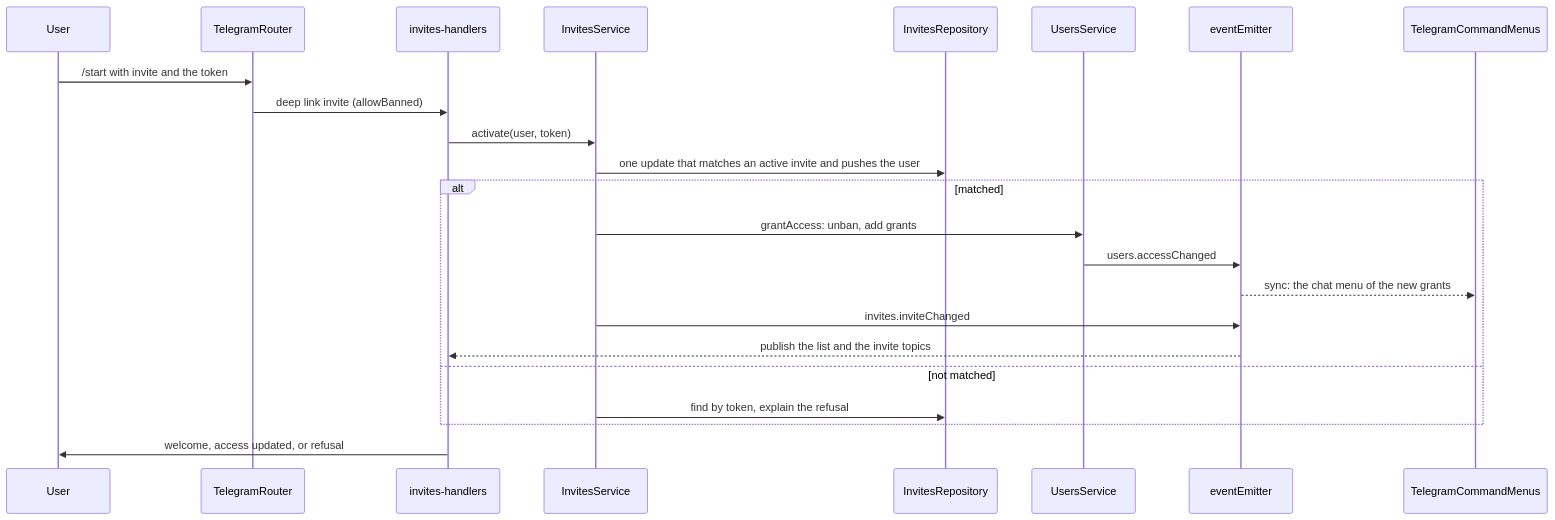
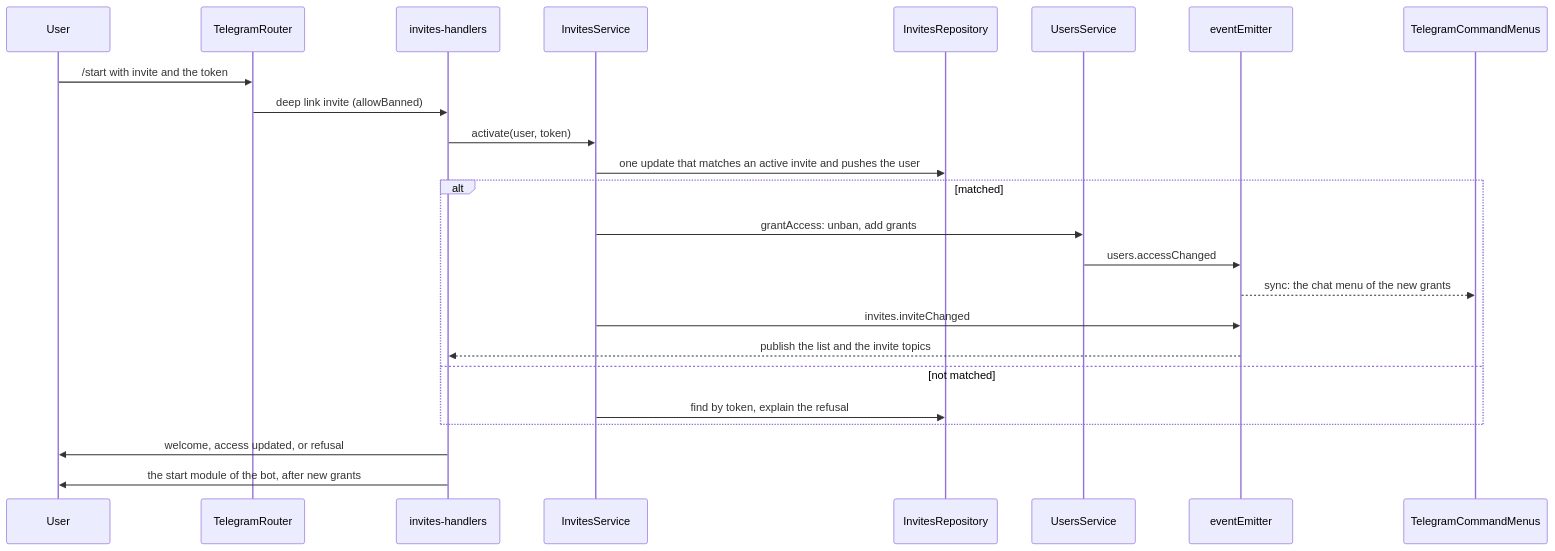
One commit to ayuvlasenko/smart-assistant changed the first of 2 diagrams in apps/server/src/plugins/app/invites/README.md. Above: the diagram before and after it, drawn with Mermaid. The commit also changed other lines of this file and 24 other files, not shown here.

First line of the commit message:
feat: let a bot open one of its modules on /start

````diff
--- a/apps/server/src/plugins/app/invites/README.md
+++ b/apps/server/src/plugins/app/invites/README.md
@@ -22,26 +22,27 @@
 ```mermaid
 sequenceDiagram
     participant U as User
     participant R as TelegramRouter
     participant H as invites-handlers
     participant S as InvitesService
     participant I as InvitesRepository
     participant Us as UsersService
     participant E as eventEmitter
     participant B as TelegramCommandMenus
 
     U->>R: /start with invite and the token
     R->>H: deep link invite (allowBanned)
     H->>S: activate(user, token)
     S->>I: one update that matches an active invite and pushes the user
     alt matched
         S->>Us: grantAccess: unban, add grants
         Us->>E: users.accessChanged
         E-->>B: sync: the chat menu of the new grants
         S->>E: invites.inviteChanged
         E-->>H: publish the list and the invite topics
     else not matched
         S->>I: find by token, explain the refusal
     end
     H->>U: welcome, access updated, or refusal
+    H->>U: the start module of the bot, after new grants
 ```
````
